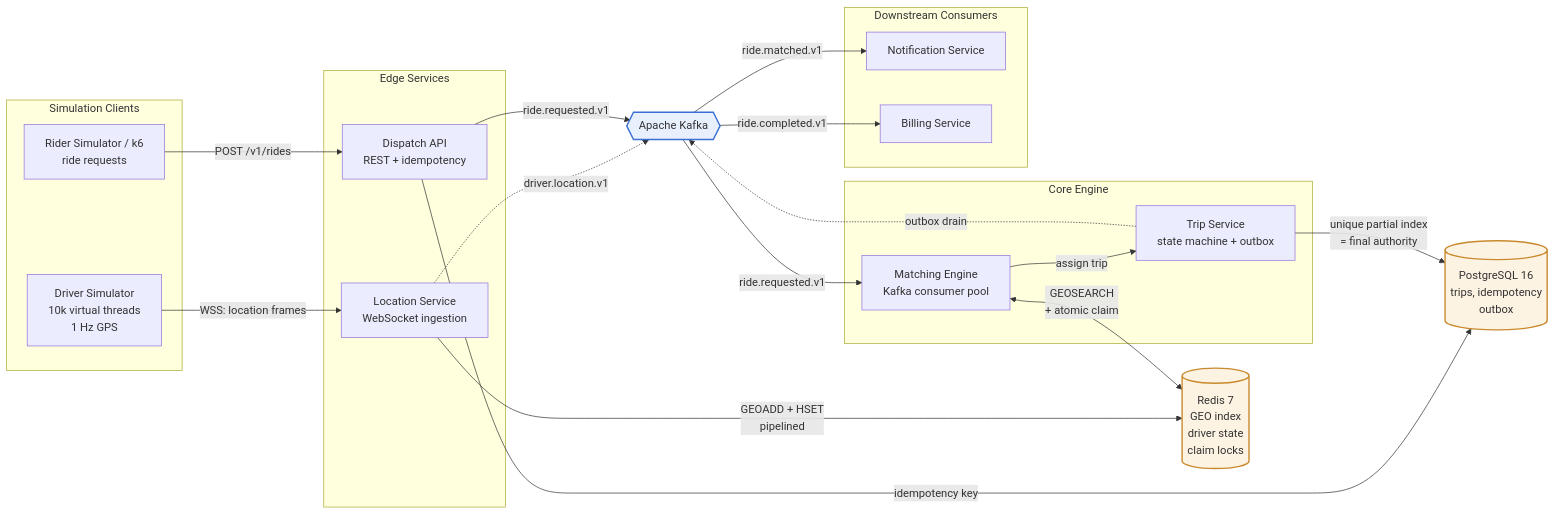
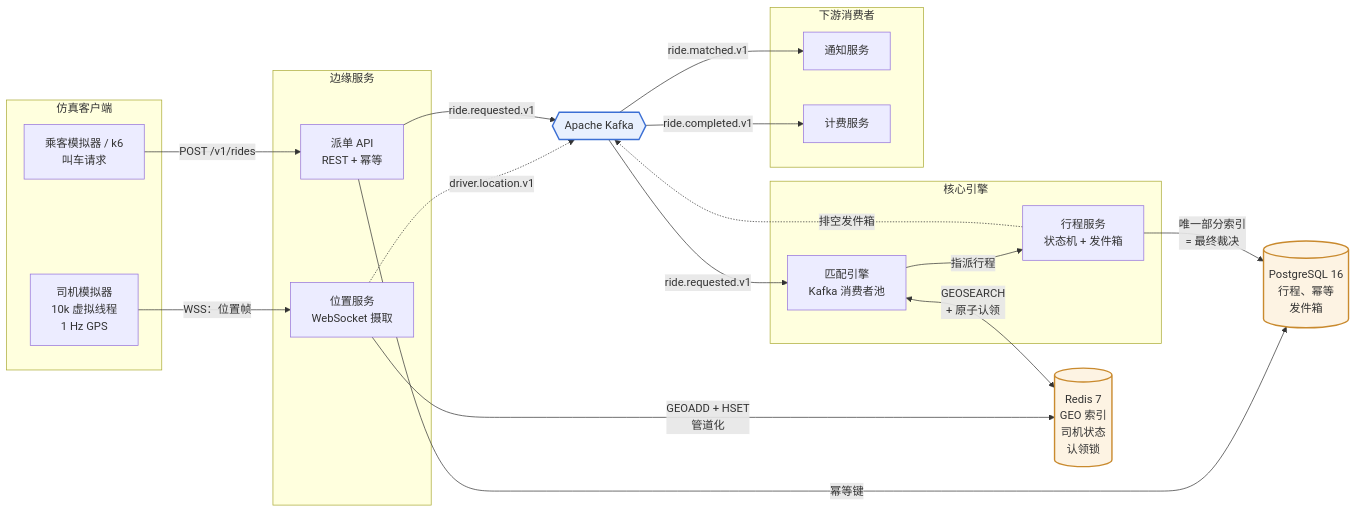
The first of 4 diagrams in README.md (cd-water/dispatch-engine), drawn with Mermaid before and after one commit. The commit also changed other lines of this file and 146 other files, not shown here.

````diff
--- a/README.md
+++ b/README.md
@@ -40,48 +38,48 @@
 ```mermaid
 flowchart LR
-    subgraph CLIENTS["Simulation Clients"]
-        DSIM["Driver Simulator<br/>10k virtual threads<br/>1 Hz GPS"]
-        RSIM["Rider Simulator / k6<br/>ride requests"]
+    subgraph CLIENTS["仿真客户端"]
+        DSIM["司机模拟器<br/>10k 虚拟线程<br/>1 Hz GPS"]
+        RSIM["乘客模拟器 / k6<br/>叫车请求"]
     end
 
-    subgraph EDGE["Edge Services"]
-        WS["Location Service<br/>WebSocket ingestion"]
-        API["Dispatch API<br/>REST + idempotency"]
+    subgraph EDGE["边缘服务"]
+        WS["位置服务<br/>WebSocket 摄取"]
+        API["派单 API<br/>REST + 幂等"]
     end
 
-    REDIS[("Redis 7<br/>GEO index<br/>driver state<br/>claim locks")]
-    PG[("PostgreSQL 16<br/>trips, idempotency<br/>outbox")]
+    REDIS[("Redis 7<br/>GEO 索引<br/>司机状态<br/>认领锁")]
+    PG[("PostgreSQL 16<br/>行程、幂等<br/>发件箱")]
     KAFKA{{"Apache Kafka"}}
 
-    subgraph CORE["Core Engine"]
-        ME["Matching Engine<br/>Kafka consumer pool"]
-        TS["Trip Service<br/>state machine + outbox"]
+    subgraph CORE["核心引擎"]
+        ME["匹配引擎<br/>Kafka 消费者池"]
+        TS["行程服务<br/>状态机 + 发件箱"]
     end
 
-    subgraph DOWN["Downstream Consumers"]
-        NOTIF["Notification Service"]
-        BILL["Billing Service"]
+    subgraph DOWN["下游消费者"]
+        NOTIF["通知服务"]
+        BILL["计费服务"]
     end
 
-    DSIM -->|"WSS: location frames"| WS
+    DSIM -->|"WSS：位置帧"| WS
     RSIM -->|"POST /v1/rides"| API
 
-    WS -->|"GEOADD + HSET<br/>pipelined"| REDIS
+    WS -->|"GEOADD + HSET<br/>管道化"| REDIS
     WS -.->|"driver.location.v1"| KAFKA
-    API -->|"idempotency key"| PG
+    API -->|"幂等键"| PG
     API -->|"ride.requested.v1"| KAFKA
 
     KAFKA -->|"ride.requested.v1"| ME
-    ME <-->|"GEOSEARCH<br/>+ atomic claim"| REDIS
-    ME -->|"assign trip"| TS
-    TS -->|"unique partial index<br/>= final authority"| PG
-    TS -.->|"outbox drain"| KAFKA
+    ME <-->|"GEOSEARCH<br/>+ 原子认领"| REDIS
+    ME -->|"指派行程"| TS
+    TS -->|"唯一部分索引<br/>= 最终裁决"| PG
+    TS -.->|"排空发件箱"| KAFKA
 
     KAFKA -->|"ride.matched.v1"| NOTIF
     KAFKA -->|"ride.completed.v1"| BILL
 
     classDef store fill:#fdf3e3,stroke:#c98a2e,stroke-width:2px
     classDef bus fill:#e8f0fe,stroke:#3b6fd4,stroke-width:2px
     class REDIS,PG store
     class KAFKA bus
 ```
````
